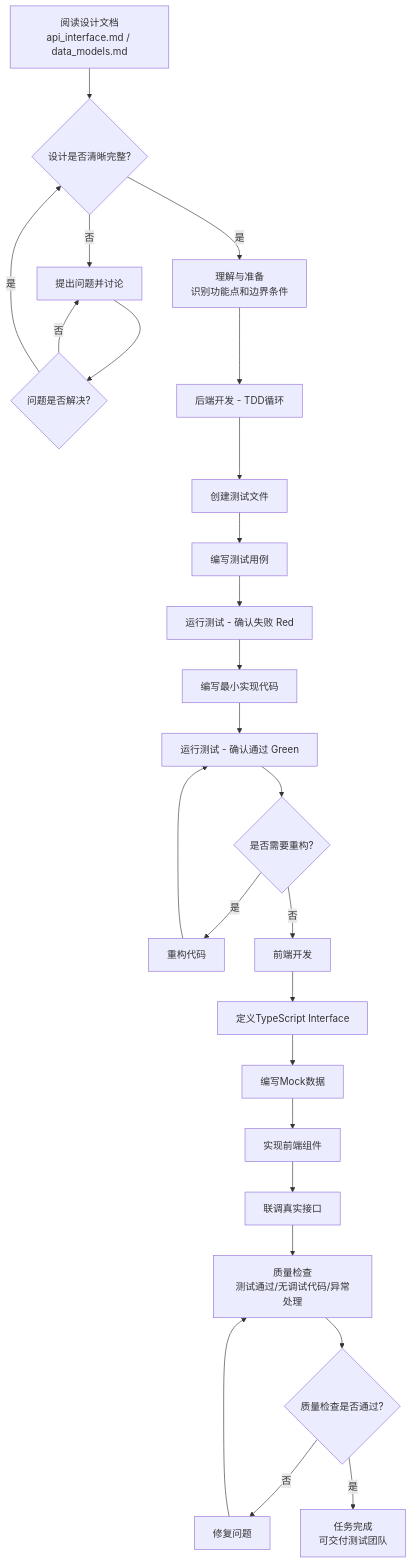
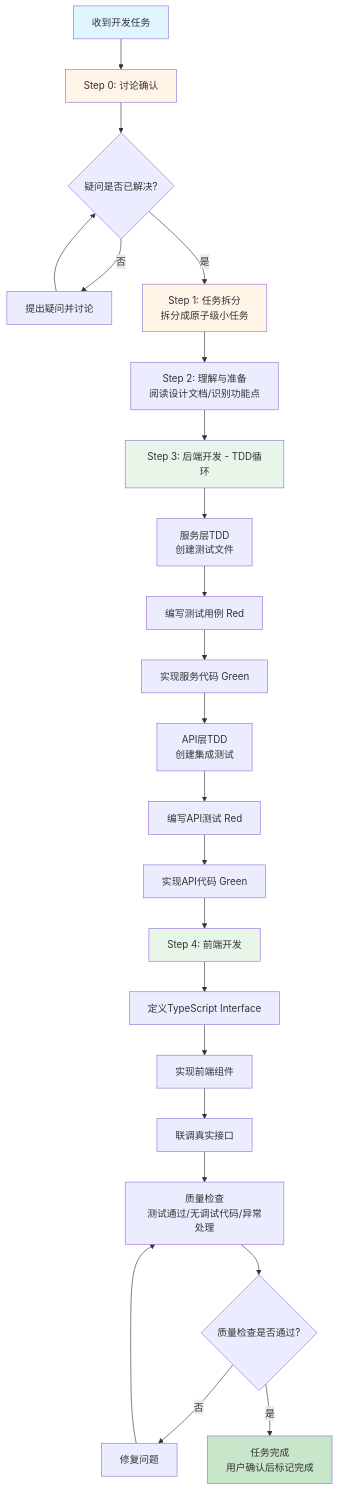
The diagram in docs/roles/fullstack_developer.md (ZhangColin/ai-teacher-platform), drawn with Mermaid before and after one commit. The commit also changed other lines of this file and 3 other files, not shown here.

````diff
--- a/docs/roles/fullstack_developer.md
+++ b/docs/roles/fullstack_developer.md
@@ -509,28 +574,32 @@
 ```mermaid
 graph TD
-    A[阅读设计文档<br/>api_interface.md / data_models.md] --> B{设计是否清晰完整?}
-    B -->|否| C[提出问题并讨论]
-    C --> D{问题是否解决?}
-    D -->|否| C
-    D -->|是| B
-    B -->|是| E[理解与准备<br/>识别功能点和边界条件]
-    E --> F[后端开发 - TDD循环]
-    F --> G[创建测试文件]
-    G --> H[编写测试用例]
-    H --> I[运行测试 - 确认失败 Red]
-    I --> J[编写最小实现代码]
-    J --> K[运行测试 - 确认通过 Green]
-    K --> L{是否需要重构?}
-    L -->|是| M[重构代码]
-    M --> K
-    L -->|否| N[前端开发]
+    A[收到开发任务] --> B[Step 0: 讨论确认]
+    B --> C{疑问是否已解决?}
+    C -->|否| D[提出疑问并讨论]
+    D --> C
+    C -->|是| E[Step 1: 任务拆分<br/>拆分成原子级小任务]
+    E --> F[Step 2: 理解与准备<br/>阅读设计文档/识别功能点]
+    F --> G[Step 3: 后端开发 - TDD循环]
+    G --> H[服务层TDD<br/>创建测试文件]
+    H --> I[编写测试用例 Red]
+    I --> J[实现服务代码 Green]
+    J --> K[API层TDD<br/>创建集成测试]
+    K --> L[编写API测试 Red]
+    L --> M[实现API代码 Green]
+    M --> N[Step 4: 前端开发]
     N --> O[定义TypeScript Interface]
-    O --> P[编写Mock数据]
-    P --> Q[实现前端组件]
-    Q --> R[联调真实接口]
-    R --> S[质量检查<br/>测试通过/无调试代码/异常处理]
-    S --> T{质量检查是否通过?}
-    T -->|否| U[修复问题]
-    U --> S
-    T -->|是| V[任务完成<br/>可交付测试团队]
+    O --> P[实现前端组件]
+    P --> Q[联调真实接口]
+    Q --> R[质量检查<br/>测试通过/无调试代码/异常处理]
+    R --> S{质量检查是否通过?}
+    S -->|否| T[修复问题]
+    T --> R
+    S -->|是| U[任务完成<br/>用户确认后标记完成]
+    
+    style A fill:#e1f5ff
+    style B fill:#fff4e6
+    style E fill:#fff4e6
+    style G fill:#e8f5e9
+    style N fill:#e8f5e9
+    style U fill:#c8e6c9
 ```
````
